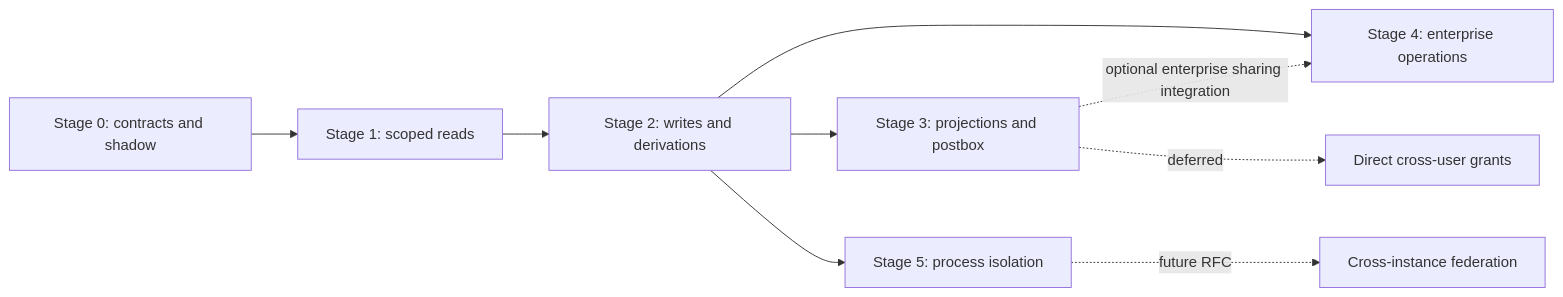
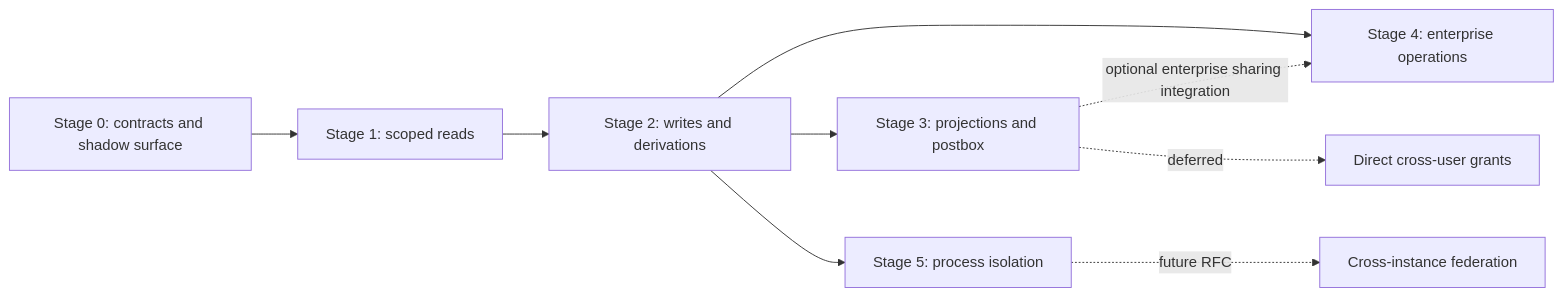
The seventh of 7 diagrams in docs/concepts/memory-multiplayer.md (clawdbot/clawdbot), drawn with Mermaid before and after one commit. The commit also changed other lines of this file and 1 other file, not shown here.

Commit message:
docs(memory): align Phase 0 shadow boundary

````diff
--- a/docs/concepts/memory-multiplayer.md
+++ b/docs/concepts/memory-multiplayer.md
@@ -1790,11 +1820,11 @@
 ```mermaid
 flowchart LR
-  S0[Stage 0: contracts and shadow] --> S1[Stage 1: scoped reads]
+  S0[Stage 0: contracts and shadow surface] --> S1[Stage 1: scoped reads]
   S1 --> S2[Stage 2: writes and derivations]
   S2 --> S3[Stage 3: projections and postbox]
   S2 --> S4[Stage 4: enterprise operations]
   S2 --> S5[Stage 5: process isolation]
   S3 -. optional enterprise sharing integration .-> S4
   S3 -. deferred .-> DG[Direct cross-user grants]
   S5 -. future RFC .-> FD[Cross-instance federation]
 ```
````
